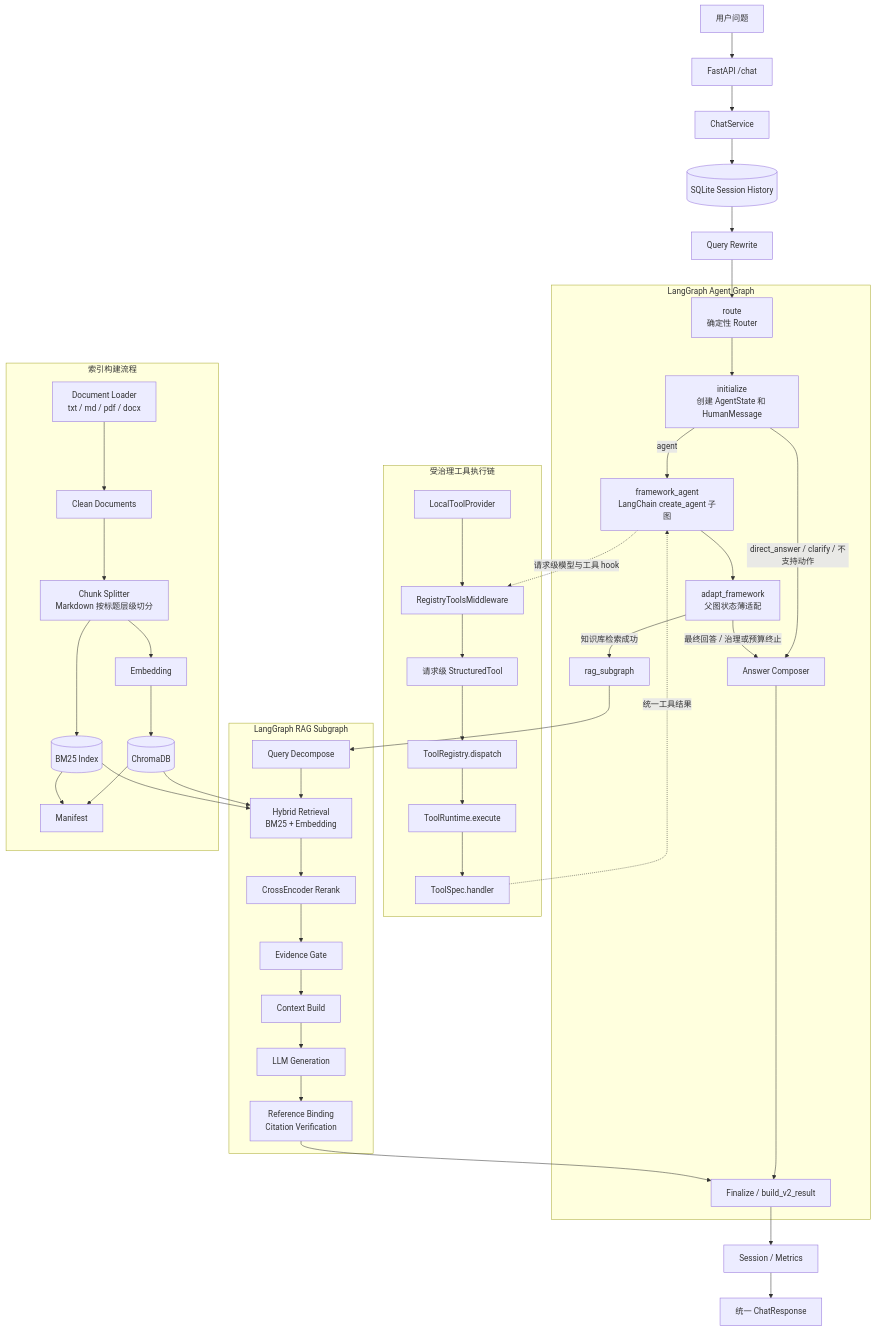
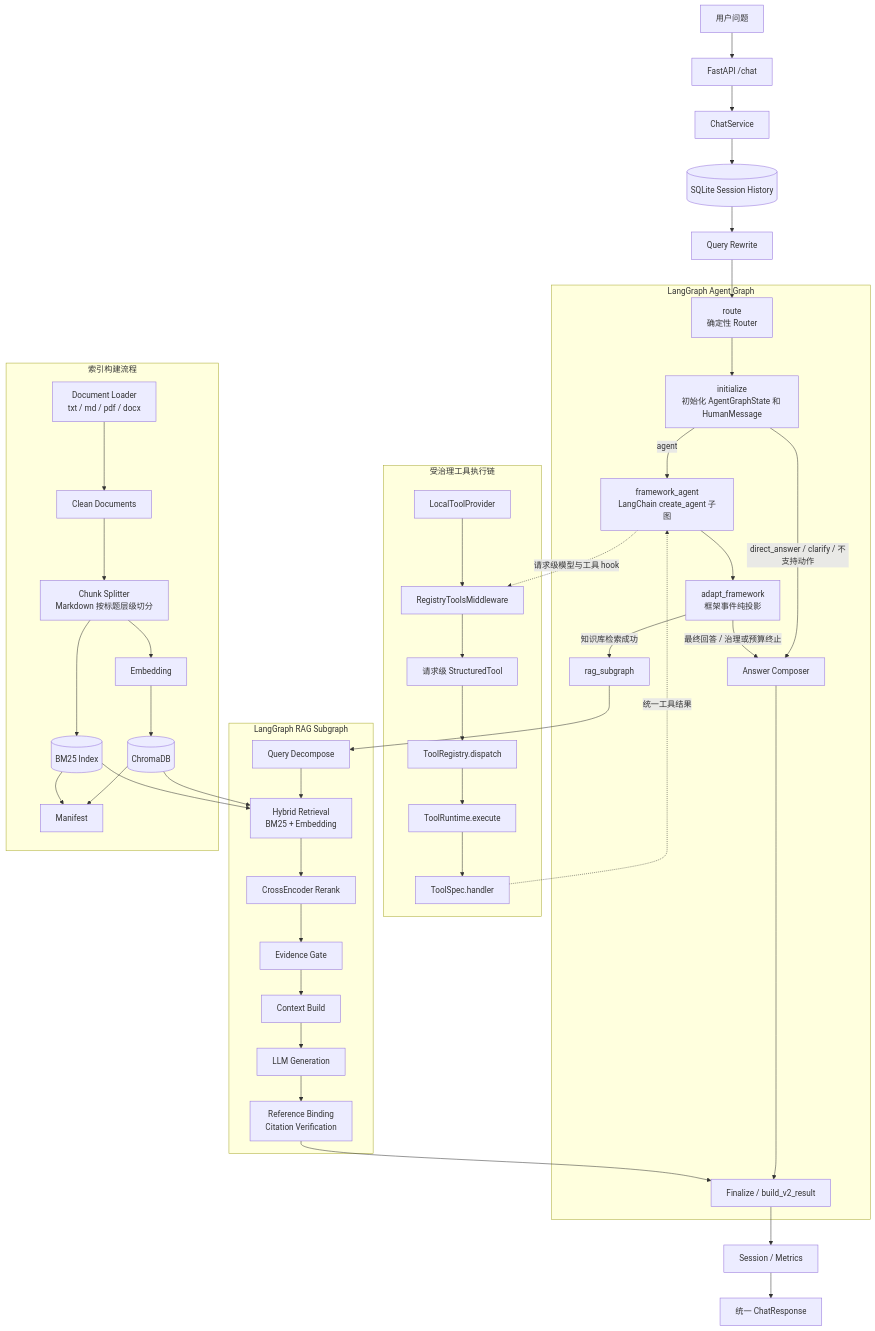
Before and after one commit to LiBoEN123/rag-agent-qa-system: the diagram in README.md, drawn with Mermaid. The commit also changed other lines of this file and 27 other files, not shown here.

```diff
--- a/README.md
+++ b/README.md
@@ -32,9 +32,9 @@
 
     subgraph AgentGraph[LangGraph Agent Graph]
         Router[route<br/>确定性 Router]
-        Initialize[initialize<br/>创建 AgentState 和 HumanMessage]
+        Initialize[initialize<br/>初始化 AgentGraphState 和 HumanMessage]
         FrameworkAgent[framework_agent<br/>LangChain create_agent 子图]
-        FrameworkAdapt[adapt_framework<br/>父图状态薄适配]
+        FrameworkAdapt[adapt_framework<br/>框架事件纯投影]
         RAGEntry[rag_subgraph]
         Composer[Answer Composer]
         Finalize[Finalize / build_v2_result]
```
